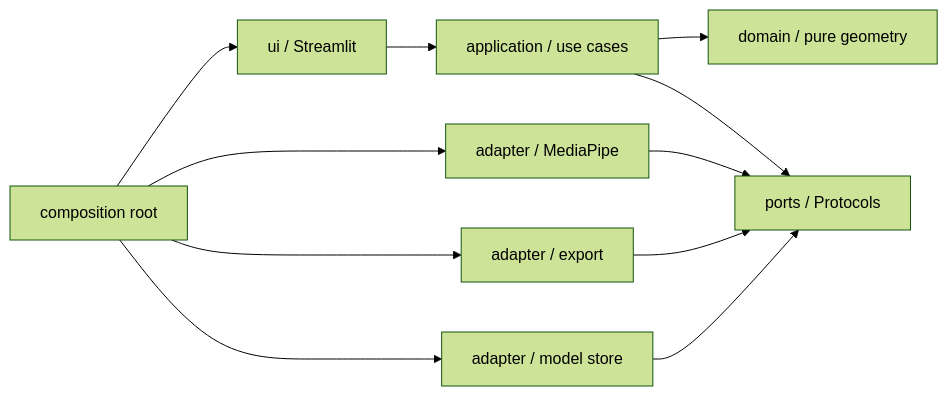
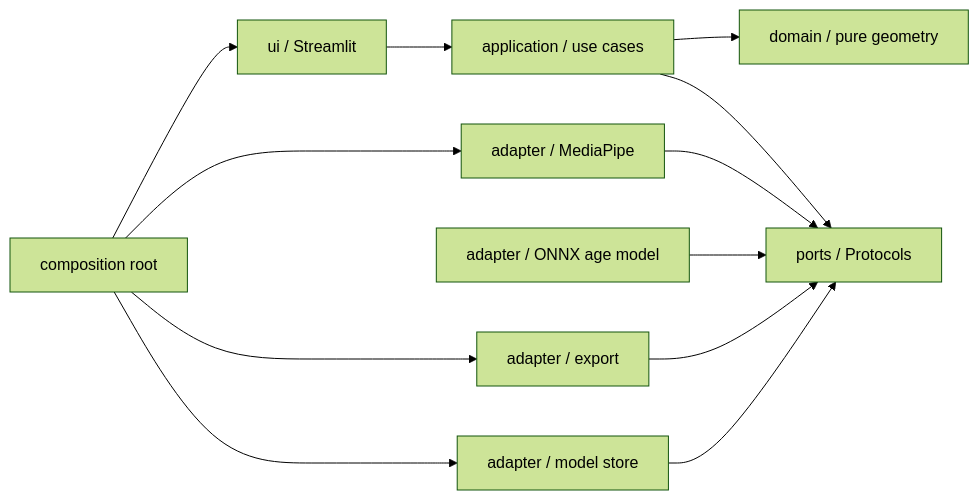
One commit to m5291091/fece-symmetry-lab changed the second of 3 diagrams in requirement.md. Above: the diagram before and after it, drawn with Mermaid (forest theme). The commit also changed other lines of this file and 36 other files, not shown here.

````diff
--- a/requirement.md
+++ b/requirement.md
@@ -657,13 +681,14 @@
 ```mermaid
 flowchart LR
     UI["ui / Streamlit"] --> APP["application / use cases"]
     APP --> CORE["domain / pure geometry"]
     APP --> PORTS["ports / Protocols"]
     MP["adapter / MediaPipe"] --> PORTS
+    AGE["adapter / ONNX age model"] --> PORTS
     EX["adapter / export"] --> PORTS
     MS["adapter / model store"] --> PORTS
     BOOT["composition root"] --> UI
     BOOT --> MP
     BOOT --> EX
     BOOT --> MS
 ```
````
